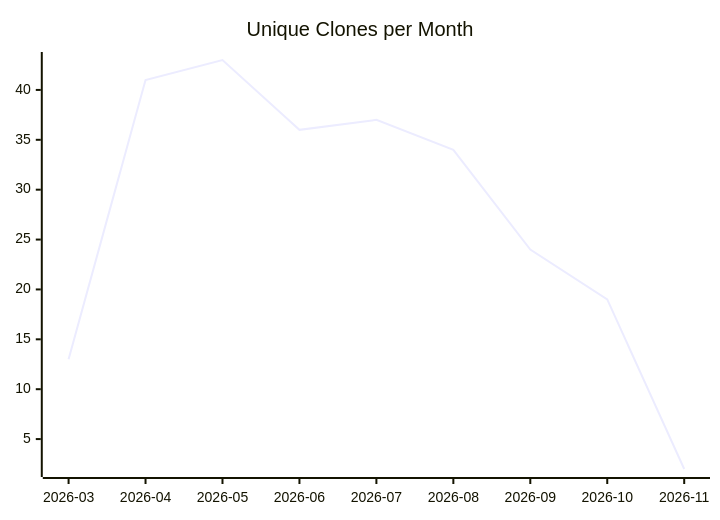
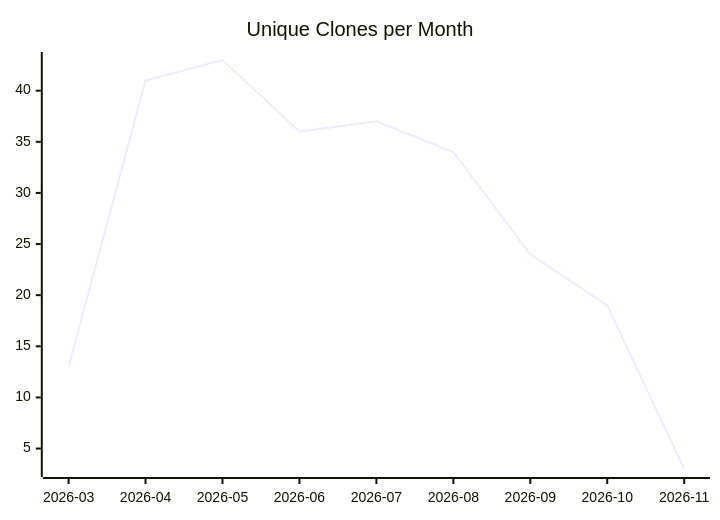
Before and after one commit to justdavis-family/github-analytics-data: the third of 3 diagrams in karlmdavis/usgs-water-api-java/README.md, drawn with Mermaid. The commit also changed other lines of this file and 192 other files, not shown here.

````diff
--- a/karlmdavis/usgs-water-api-java/README.md
+++ b/karlmdavis/usgs-water-api-java/README.md
@@ -19,6 +19,6 @@
 ```mermaid
 xychart-beta
   title "Unique Clones per Month"
   x-axis ["2026-03", "2026-04", "2026-05", "2026-06", "2026-07", "2026-08", "2026-09", "2026-10", "2026-11"]
-  line [13, 41, 43, 36, 37, 34, 24, 19, 2]
+  line [13, 41, 43, 36, 37, 34, 24, 19, 3]
 ```
````
